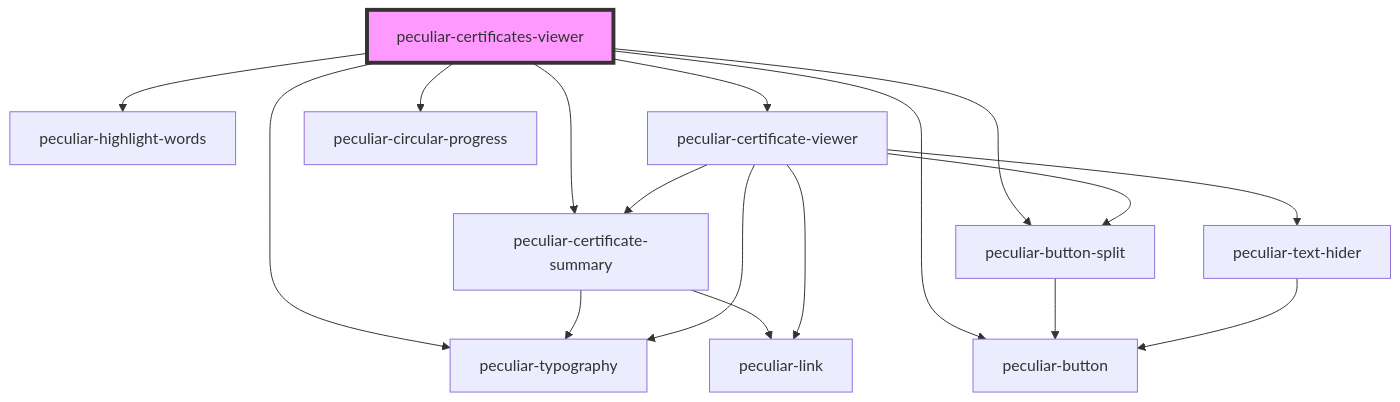
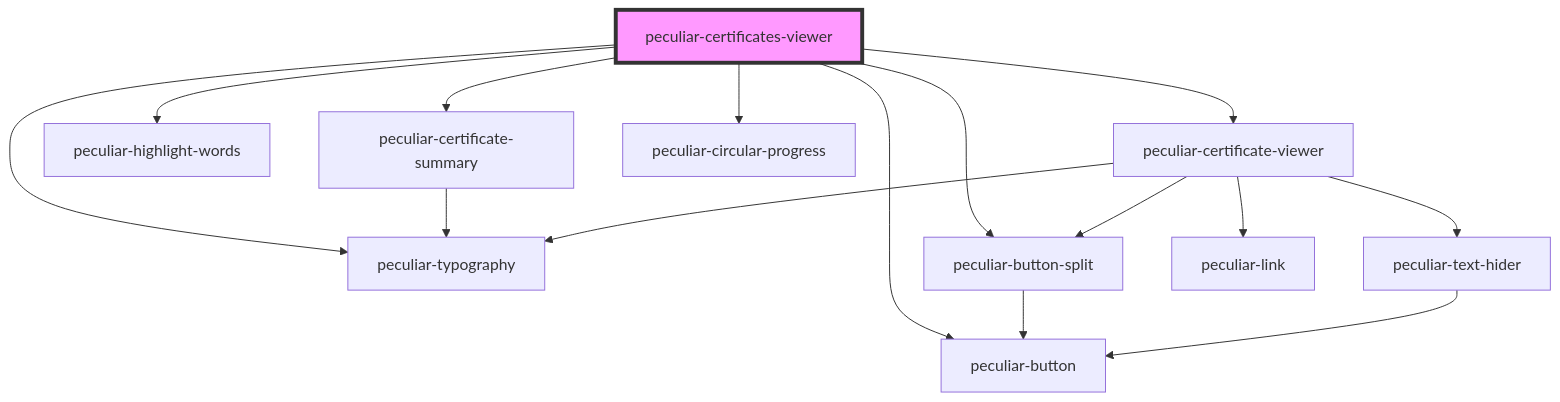
One commit to PeculiarVentures/pv-certificates-viewer changed the diagram in packages/webcomponents/src/components/certificates-viewer/readme.md. Above: the diagram before and after it, drawn with Mermaid. The commit also changed 8 other files, not shown here.

Commit message:
chore(webcomponents): updated certificate summary view to table

````diff
--- a/packages/webcomponents/src/components/certificates-viewer/readme.md
+++ b/packages/webcomponents/src/components/certificates-viewer/readme.md
@@ -30,20 +30,18 @@
 ```mermaid
 graph TD;
   peculiar-certificates-viewer --> peculiar-certificate-summary
   peculiar-certificates-viewer --> peculiar-button
   peculiar-certificates-viewer --> peculiar-typography
   peculiar-certificates-viewer --> peculiar-highlight-words
   peculiar-certificates-viewer --> peculiar-button-split
   peculiar-certificates-viewer --> peculiar-certificate-viewer
   peculiar-certificates-viewer --> peculiar-circular-progress
   peculiar-certificate-summary --> peculiar-typography
-  peculiar-certificate-summary --> peculiar-link
   peculiar-button-split --> peculiar-button
   peculiar-certificate-viewer --> peculiar-typography
-  peculiar-certificate-viewer --> peculiar-certificate-summary
   peculiar-certificate-viewer --> peculiar-text-hider
   peculiar-certificate-viewer --> peculiar-link
   peculiar-certificate-viewer --> peculiar-button-split
   peculiar-text-hider --> peculiar-button
   style peculiar-certificates-viewer fill:#f9f,stroke:#333,stroke-width:4px
 ```
````
